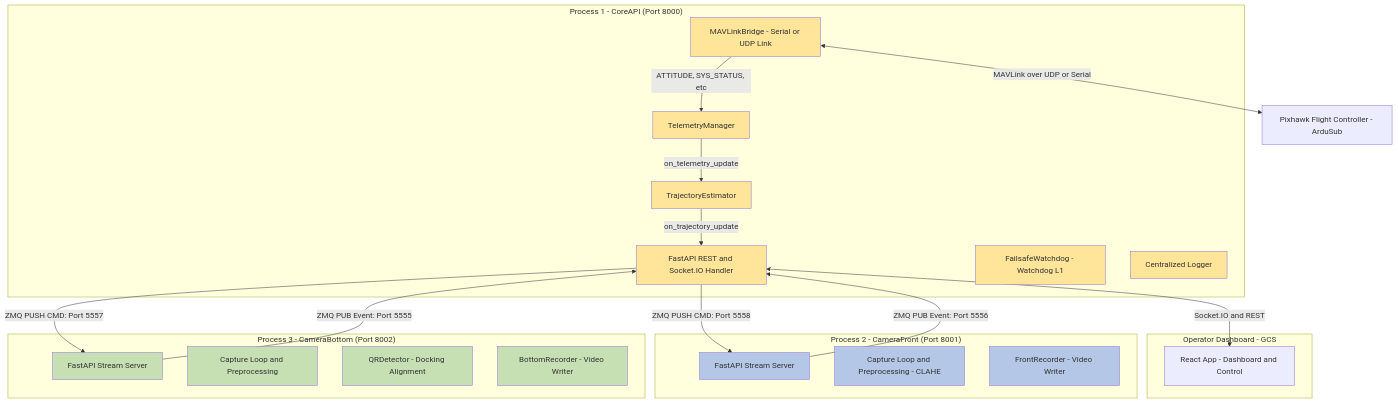
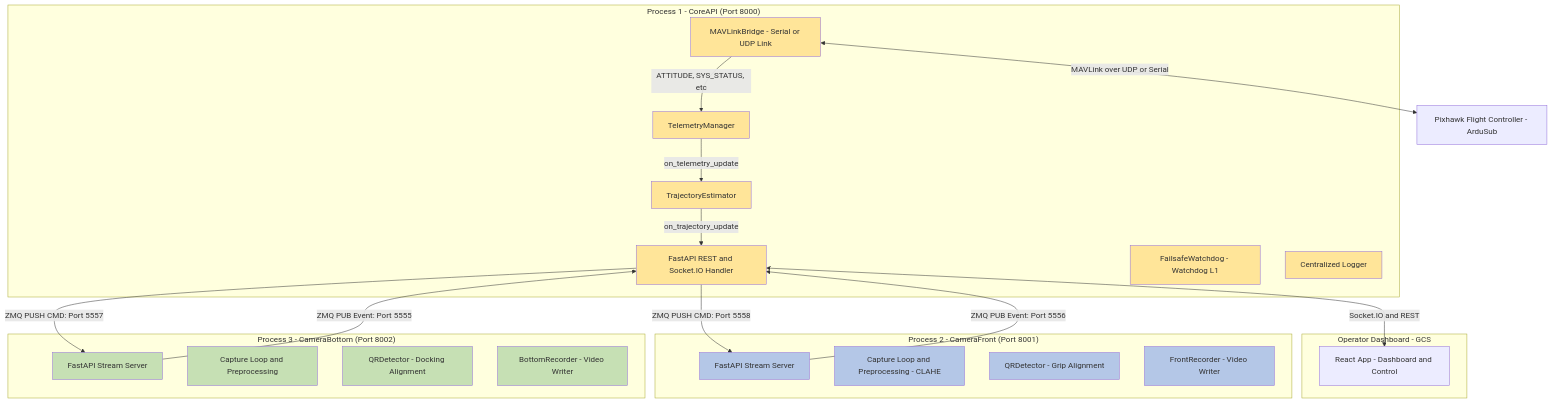
Before and after one commit to netph4ntom/rov_systemv3: the first of 2 diagrams in document.md, drawn with Mermaid. The commit also changed other lines of this file and 13 other files, not shown here.

````diff
--- a/document.md
+++ b/document.md
@@ -14,60 +14,62 @@
 ```mermaid
 graph TD
 
     subgraph "Operator Dashboard - GCS"
         React["React App - Dashboard and Control"]
     end
 
     subgraph "Process 1 - CoreAPI (Port 8000)"
         Routes["FastAPI REST and Socket.IO Handler"]
         MAVLink["MAVLinkBridge - Serial or UDP Link"]
         Telemetry["TelemetryManager"]
         Trajectory["TrajectoryEstimator"]
         Watchdog["FailsafeWatchdog - Watchdog L1"]
         Logger["Centralized Logger"]
     end
 
     subgraph "Process 2 - CameraFront (Port 8001)"
         FrontStream["FastAPI Stream Server"]
         FrontCap["Capture Loop and Preprocessing - CLAHE"]
+        QRDetFront["QRDetector - Grip Alignment"]
         FrontRec["FrontRecorder - Video Writer"]
     end
 
     subgraph "Process 3 - CameraBottom (Port 8002)"
         BottomStream["FastAPI Stream Server"]
         BottomCap["Capture Loop and Preprocessing"]
-        QRDet["QRDetector - Docking Alignment"]
+        QRDetBottom["QRDetector - Docking Alignment"]
         BottomRec["BottomRecorder - Video Writer"]
     end
 
     Pixhawk["Pixhawk Flight Controller - ArduSub"]
 
     %% IPC ZMQ Channels
     Routes -->|ZMQ PUSH CMD: Port 5558| FrontStream
     Routes -->|ZMQ PUSH CMD: Port 5557| BottomStream
     FrontStream -->|ZMQ PUB Event: Port 5556| Routes
     BottomStream -->|ZMQ PUB Event: Port 5555| Routes
 
     %% Internal Data Flow
     MAVLink -->|ATTITUDE, SYS_STATUS, etc| Telemetry
     Telemetry -->|on_telemetry_update| Trajectory
     Trajectory -->|on_trajectory_update| Routes
     Routes <-->|Socket.IO and REST| React
     MAVLink <-->|MAVLink over UDP or Serial| Pixhawk
 
     style Routes fill:#FFE599
     style MAVLink fill:#FFE599
     style Telemetry fill:#FFE599
     style Trajectory fill:#FFE599
     style Watchdog fill:#FFE599
     style Logger fill:#FFE599
 
     style FrontStream fill:#B4C7E7
     style FrontCap fill:#B4C7E7
+    style QRDetFront fill:#B4C7E7
     style FrontRec fill:#B4C7E7
 
     style BottomStream fill:#C6E0B4
     style BottomCap fill:#C6E0B4
-    style QRDet fill:#C6E0B4
+    style QRDetBottom fill:#C6E0B4
     style BottomRec fill:#C6E0B4
 ```
````
